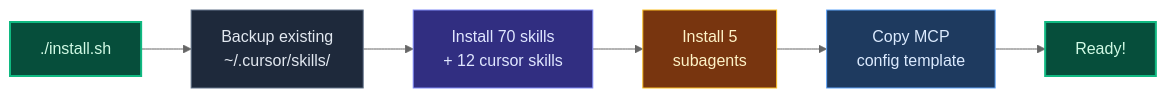
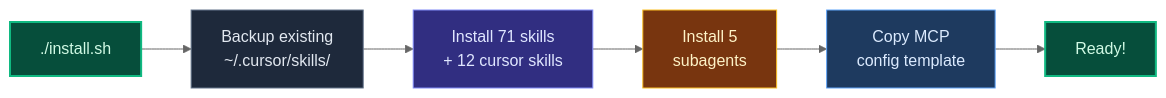
One commit to kensaurus/cursor-kenji changed the third of 12 diagrams in README.md. Above: the diagram before and after it, drawn with Mermaid (neutral theme). The commit also changed other lines of this file and 9 other files, not shown here.

````diff
--- a/README.md
+++ b/README.md
@@ -377,15 +379,15 @@
 ```mermaid
 flowchart LR
   A["./install.sh"] --> B["Backup existing\n~/.cursor/skills/"]
-  B --> C["Install 70 skills\n+ 12 cursor skills"]
+  B --> C["Install 71 skills\n+ 12 cursor skills"]
   C --> D["Install 5\nsubagents"]
   D --> E["Copy MCP\nconfig template"]
   E --> F["Ready!"]
 
   style A fill:#064e3b,stroke:#10b981,stroke-width:2px,color:#d1fae5
   style F fill:#064e3b,stroke:#10b981,stroke-width:2px,color:#d1fae5
   style B fill:#1e293b,stroke:#64748b,color:#e2e8f0
   style C fill:#312e81,stroke:#818cf8,color:#e0e7ff
   style D fill:#78350f,stroke:#fbbf24,color:#fef3c7
   style E fill:#1e3a5f,stroke:#60a5fa,color:#dbeafe
 ```
````
